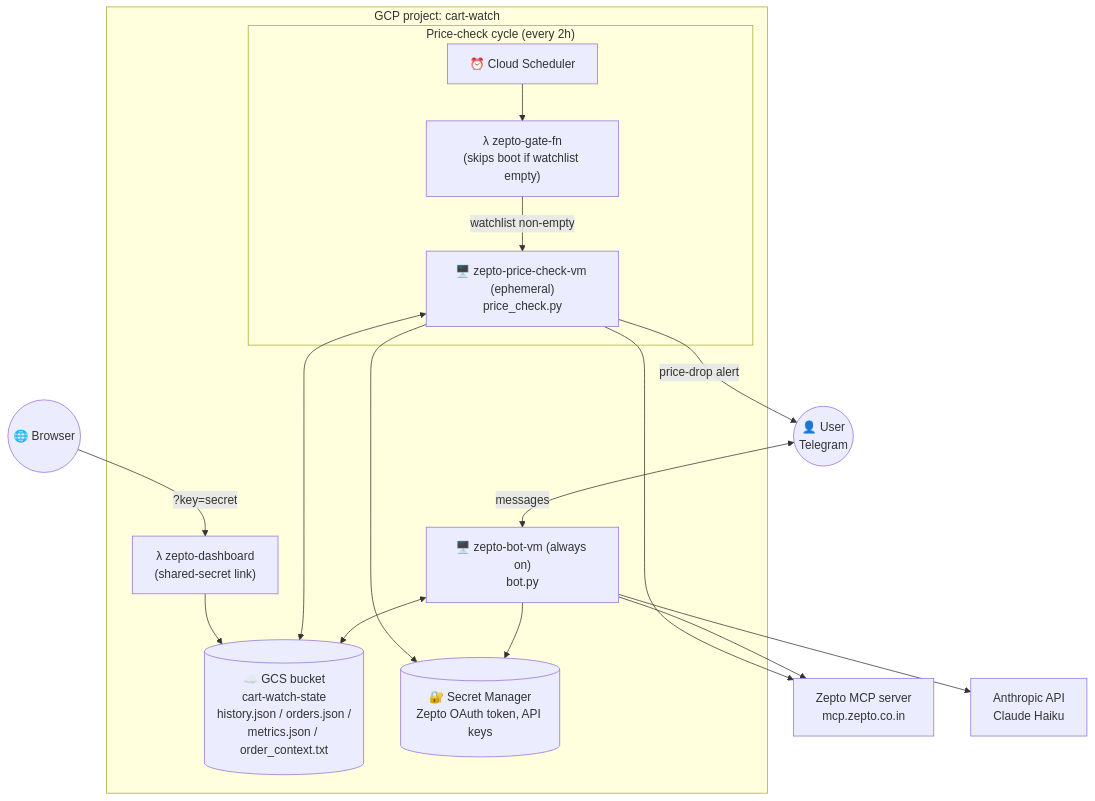
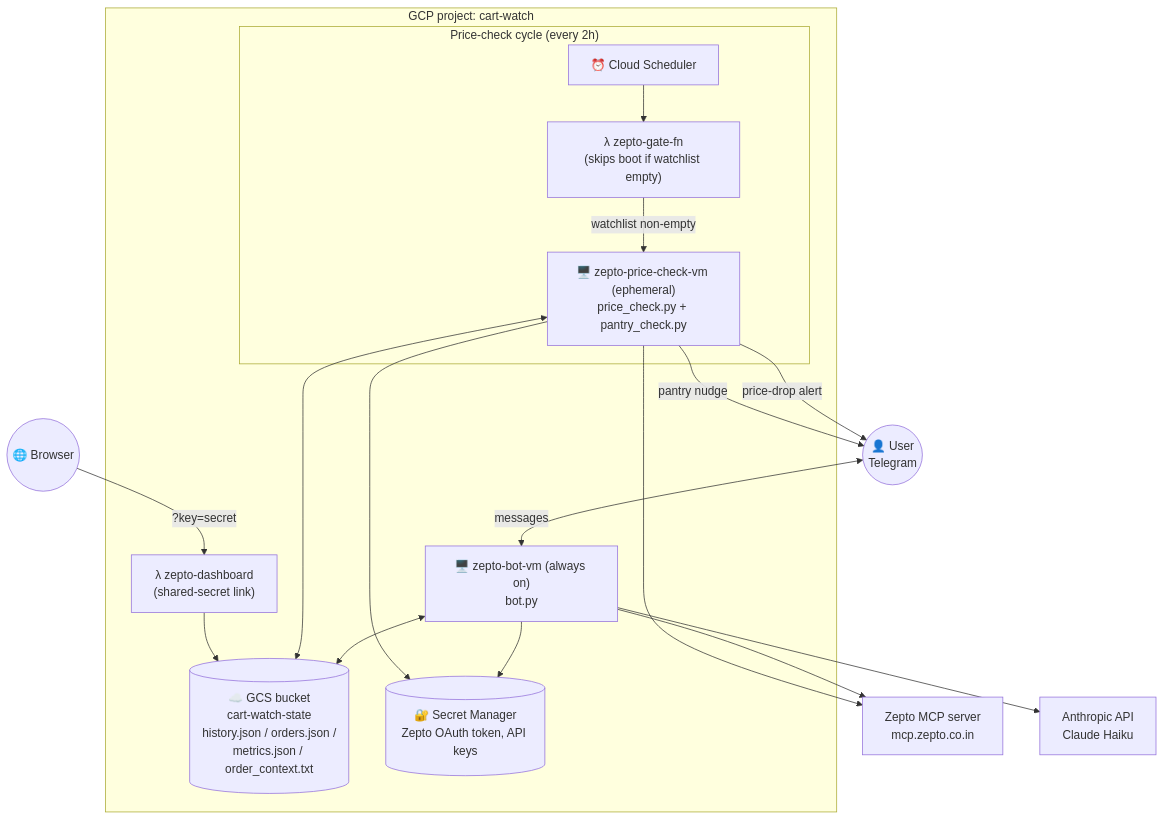
Before and after one commit to pruturaj16/zepto-smart-buyer: the first of 3 diagrams in README.md, drawn with Mermaid. The commit also changed other lines of this file, not shown here.

Commit message:
docs: update README with Pantry Mode feature

````diff
--- a/README.md
+++ b/README.md
@@ -16,38 +18,39 @@
 ```mermaid
 graph TB
     User(("👤 User<br/>Telegram"))
 
     subgraph GCP["GCP project: cart-watch"]
         BotVM["🖥️ zepto-bot-vm (always on)<br/>bot.py"]
 
         subgraph Scheduled["Price-check cycle (every 2h)"]
             Scheduler["⏰ Cloud Scheduler"]
             GateFn["λ zepto-gate-fn<br/>(skips boot if watchlist empty)"]
-            PriceVM["🖥️ zepto-price-check-vm (ephemeral)<br/>price_check.py"]
+            PriceVM["🖥️ zepto-price-check-vm (ephemeral)<br/>price_check.py + pantry_check.py"]
         end
 
         DashFn["λ zepto-dashboard<br/>(shared-secret link)"]
         GCS[("☁️ GCS bucket<br/>cart-watch-state<br/>history.json / orders.json /<br/>metrics.json / order_context.txt")]
         Secrets[("🔐 Secret Manager<br/>Zepto OAuth token, API keys")]
     end
 
     ZeptoMCP["Zepto MCP server<br/>mcp.zepto.co.in"]
     Anthropic["Anthropic API<br/>Claude Haiku"]
     Browser(("🌐 Browser"))
 
     User <-->|messages| BotVM
     BotVM --> Anthropic
     BotVM --> ZeptoMCP
     BotVM <--> GCS
     BotVM --> Secrets
 
     Scheduler --> GateFn
     GateFn -->|watchlist non-empty| PriceVM
     PriceVM --> ZeptoMCP
     PriceVM <--> GCS
     PriceVM --> Secrets
     PriceVM -->|price-drop alert| User
+    PriceVM -->|pantry nudge| User
 
     DashFn --> GCS
     Browser -->|"?key=secret"| DashFn
 ```
````
